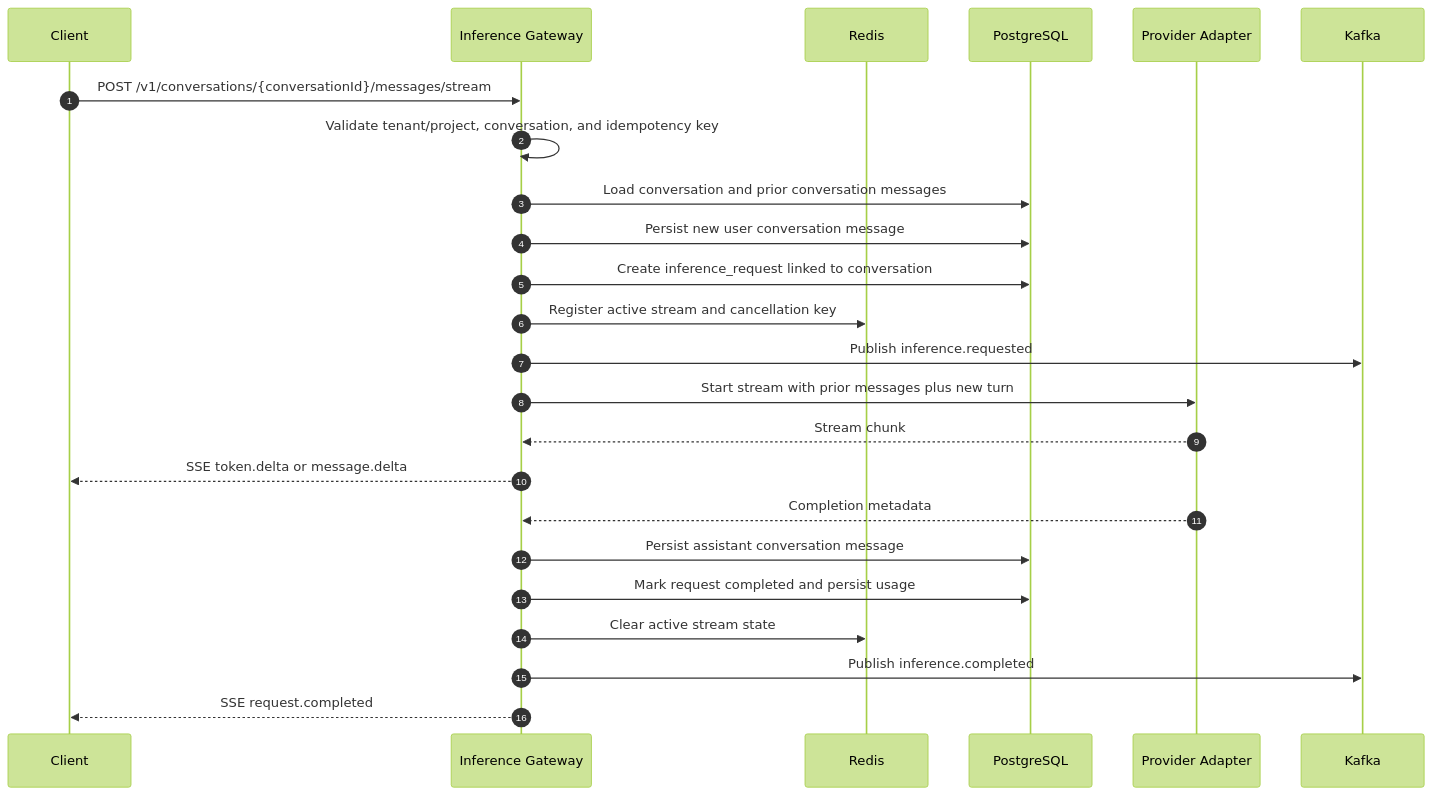
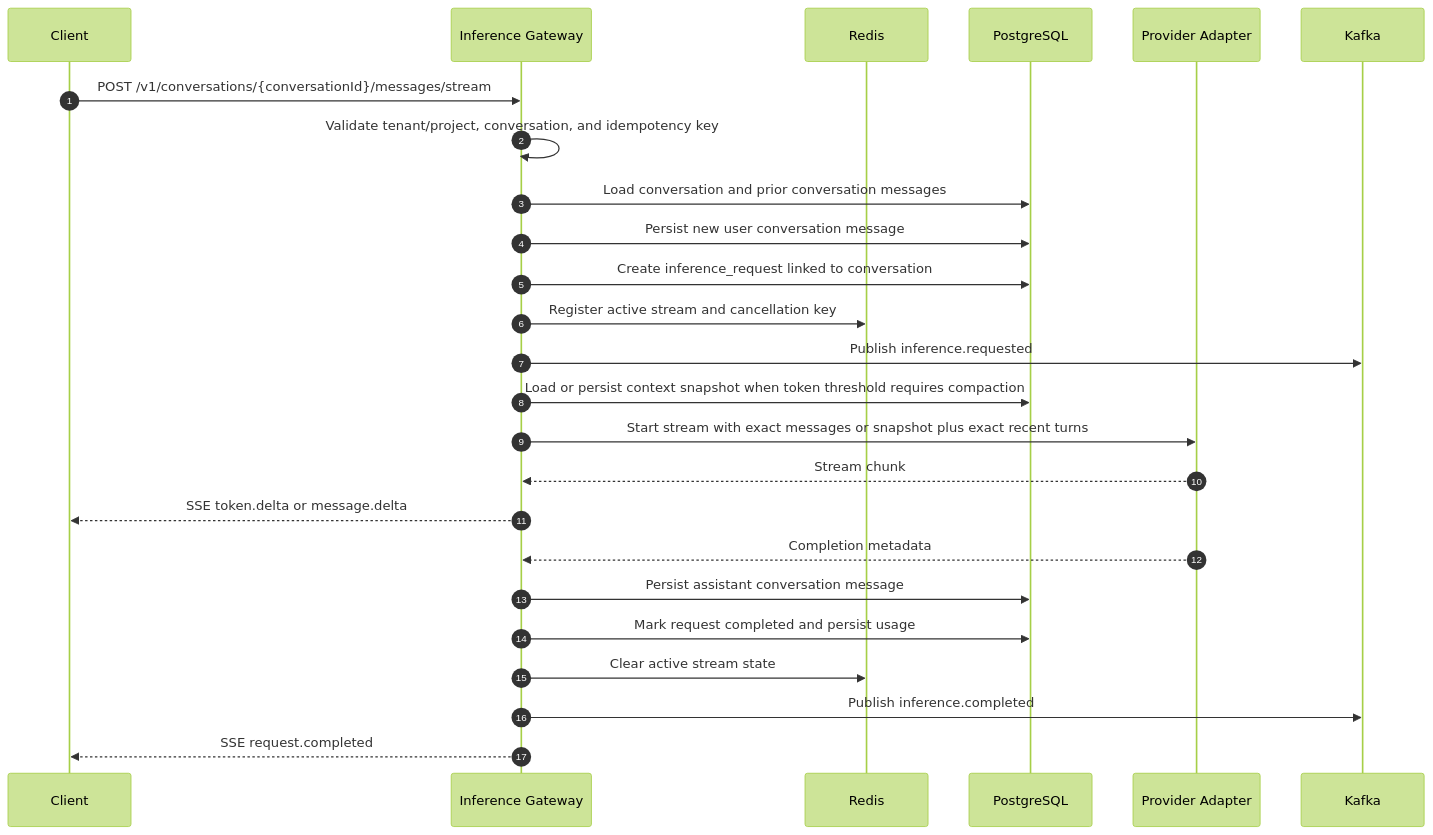
The third of 9 diagrams in docs/architecture/sequence-flows.md (pankaj45/llm-observability), drawn with Mermaid (forest theme) before and after one commit. The commit also changed 22 other files, not shown here.

````diff
--- a/docs/architecture/sequence-flows.md
+++ b/docs/architecture/sequence-flows.md
@@ -65,27 +65,28 @@
 ```mermaid
 sequenceDiagram
     autonumber
     participant Client
     participant Gateway as Inference Gateway
     participant Redis
     participant PG as PostgreSQL
     participant Provider as Provider Adapter
     participant Kafka
 
     Client->>Gateway: POST /v1/conversations/{conversationId}/messages/stream
     Gateway->>Gateway: Validate tenant/project, conversation, and idempotency key
     Gateway->>PG: Load conversation and prior conversation messages
     Gateway->>PG: Persist new user conversation message
     Gateway->>PG: Create inference_request linked to conversation
     Gateway->>Redis: Register active stream and cancellation key
     Gateway->>Kafka: Publish inference.requested
-    Gateway->>Provider: Start stream with prior messages plus new turn
+    Gateway->>PG: Load or persist context snapshot when token threshold requires compaction
+    Gateway->>Provider: Start stream with exact messages or snapshot plus exact recent turns
     Provider-->>Gateway: Stream chunk
     Gateway-->>Client: SSE token.delta or message.delta
     Provider-->>Gateway: Completion metadata
     Gateway->>PG: Persist assistant conversation message
     Gateway->>PG: Mark request completed and persist usage
     Gateway->>Redis: Clear active stream state
     Gateway->>Kafka: Publish inference.completed
     Gateway-->>Client: SSE request.completed
 ```
````
